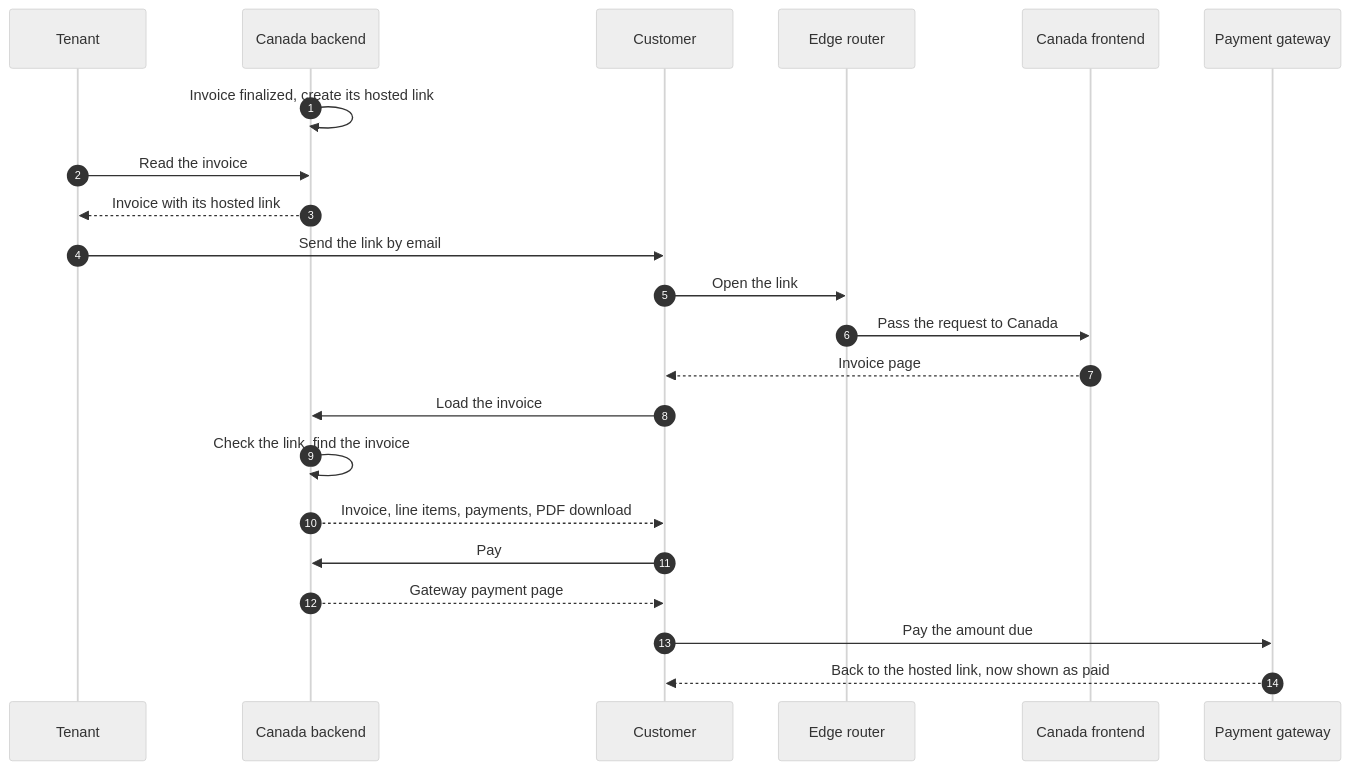
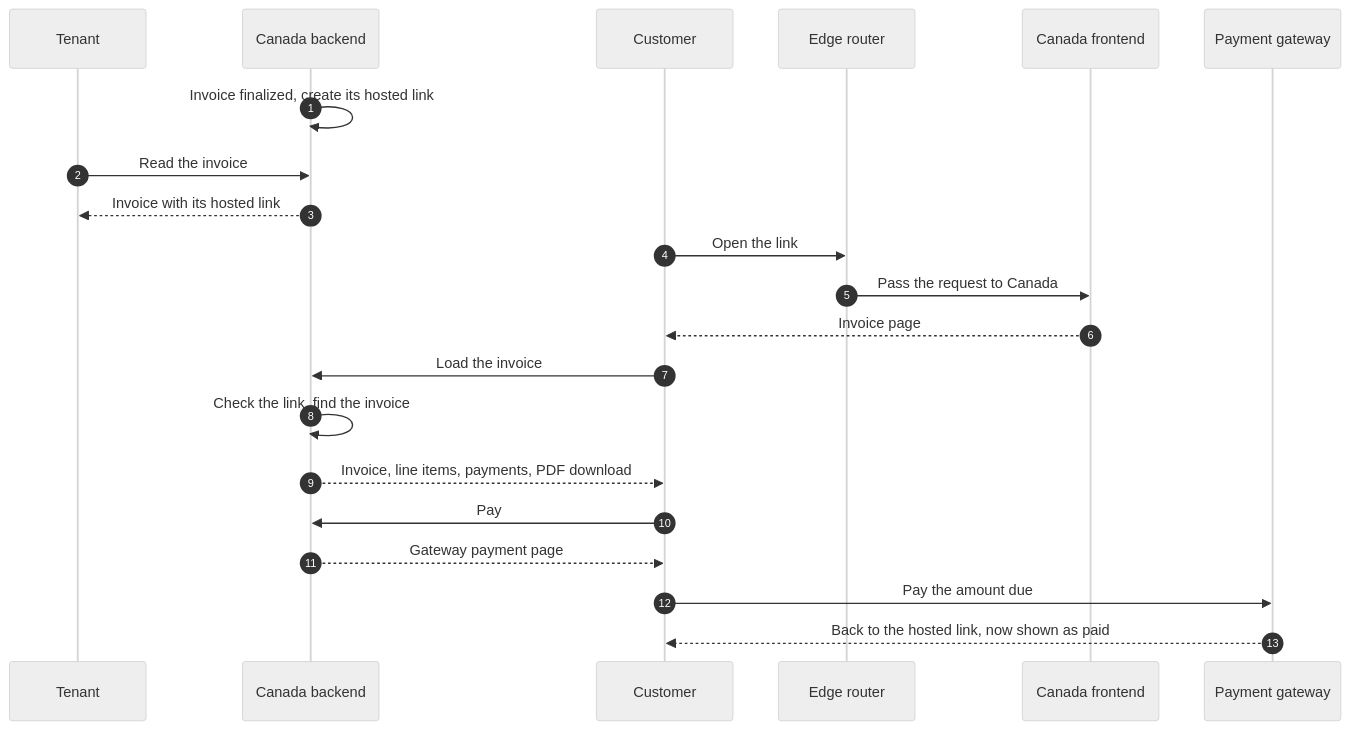
The second of 5 diagrams in docs/design/2026-10-14-hosted-invoice-erd.md (flexprice/flexprice), drawn with Mermaid (neutral theme) before and after one commit. The commit also changed other lines of this file, not shown here.

````diff
--- a/docs/design/2026-10-14-hosted-invoice-erd.md
+++ b/docs/design/2026-10-14-hosted-invoice-erd.md
@@ -221,25 +220,24 @@
 ```mermaid
 sequenceDiagram
   autonumber
   participant T as Tenant
   participant CB as Canada backend
   participant Cu as Customer
   participant E as Edge router
   participant CF as Canada frontend
   participant G as Payment gateway
 
   CB->>CB: Invoice finalized, create its hosted link
   T->>CB: Read the invoice
   CB-->>T: Invoice with its hosted link
-  T->>Cu: Send the link by email
   Cu->>E: Open the link
   E->>CF: Pass the request to Canada
   CF-->>Cu: Invoice page
   Cu->>CB: Load the invoice
   CB->>CB: Check the link, find the invoice
   CB-->>Cu: Invoice, line items, payments, PDF download
   Cu->>CB: Pay
   CB-->>Cu: Gateway payment page
   Cu->>G: Pay the amount due
   G-->>Cu: Back to the hosted link, now shown as paid
 ```
````
